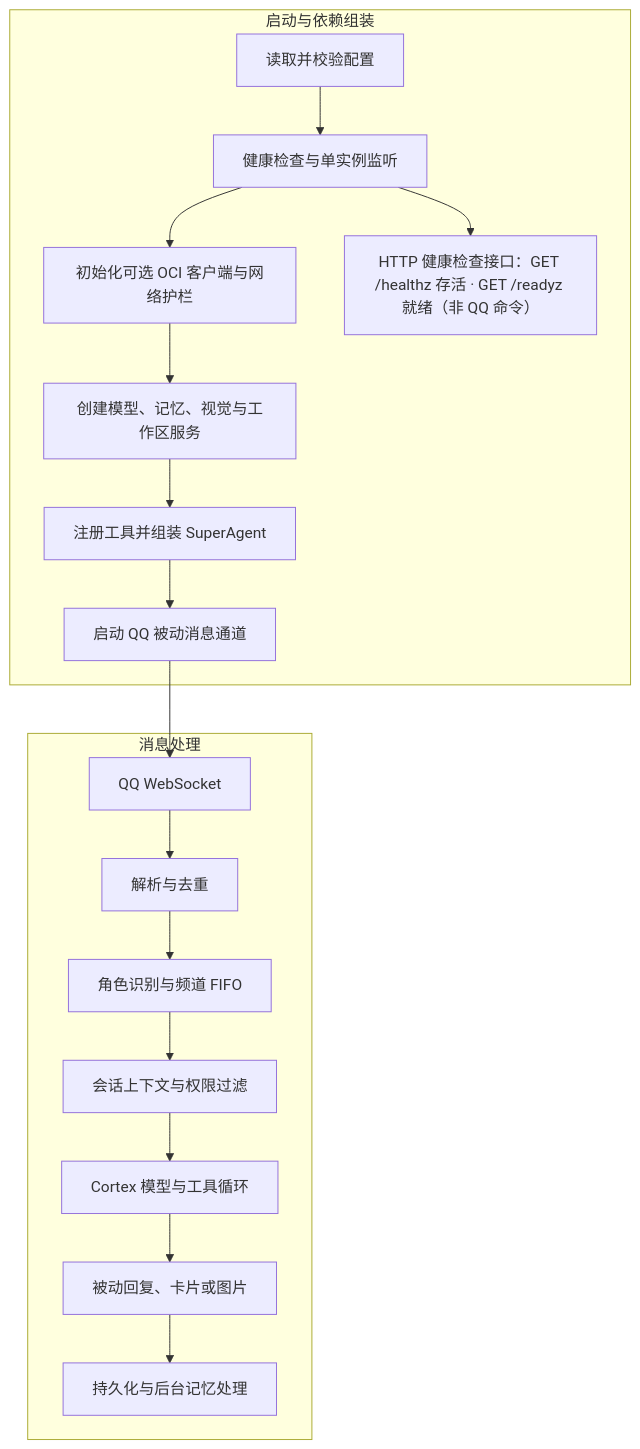
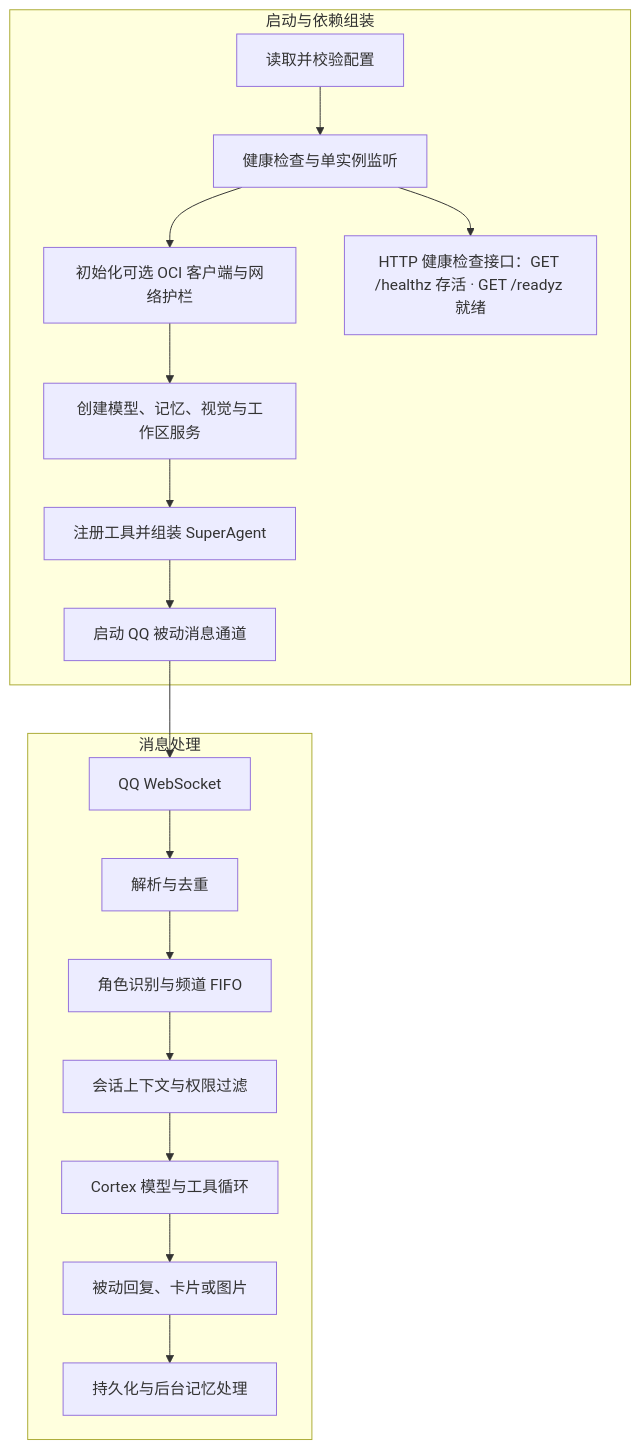
The diagram in docs/workflow.md (Ruixi-rebirth/daidai), drawn with Mermaid before and after one commit. The commit also changed 1 other file, not shown here.

Commit message:
Remove QQ command clarification from health endpoint docs

````diff
--- a/docs/workflow.md
+++ b/docs/workflow.md
@@ -7,22 +7,22 @@
 ```mermaid
 graph TD
     subgraph Boot [启动与依赖组装]
         A["读取并校验配置"] --> B["健康检查与单实例监听"]
         B --> C["初始化可选 OCI 客户端与网络护栏"]
         C --> D["创建模型、记忆、视觉与工作区服务"]
         D --> E["注册工具并组装 SuperAgent"]
         E --> F["启动 QQ 被动消息通道"]
-        B --> G["HTTP 健康检查接口：GET /healthz 存活 · GET /readyz 就绪（非 QQ 命令）"]
+        B --> G["HTTP 健康检查接口：GET /healthz 存活 · GET /readyz 就绪"]
     end
 
     subgraph Message [消息处理]
         H["QQ WebSocket"] --> I["解析与去重"]
         I --> J["角色识别与频道 FIFO"]
         J --> K["会话上下文与权限过滤"]
         K --> L["Cortex 模型与工具循环"]
         L --> M["被动回复、卡片或图片"]
         M --> N["持久化与后台记忆处理"]
     end
 
     F --> H
 ```
````
